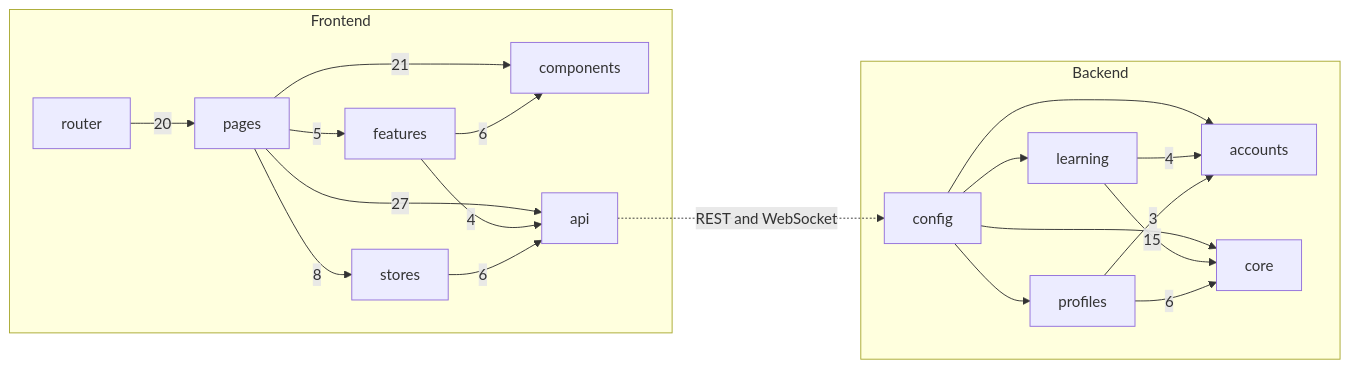
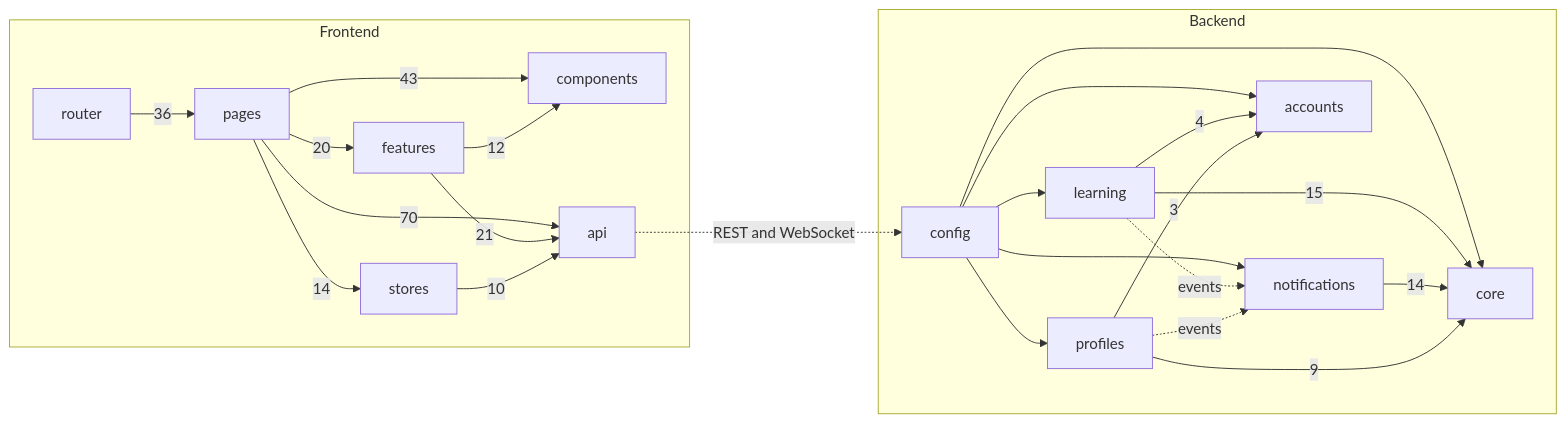
Before and after one commit to AbdullahBakir97/Django--LMS--Learning-Management-System: the diagram in README.md, drawn with Mermaid. The commit also changed other lines of this file and 39 other files, not shown here.

````diff
--- a/README.md
+++ b/README.md
@@ -28,21 +30,24 @@
 ```mermaid
 flowchart LR
   subgraph Backend
-    config --> learning & profiles & accounts & core
+    config --> learning & notifications & profiles & accounts & core
     learning -- 15 --> core
     learning -- 4 --> accounts
-    profiles -- 6 --> core
+    notifications -- 14 --> core
+    profiles -- 9 --> core
     profiles -- 3 --> accounts
+    learning -. events .-> notifications
+    profiles -. events .-> notifications
   end
   subgraph Frontend
-    router -- 20 --> pages
-    pages -- 21 --> components
-    pages -- 5 --> features
-    pages -- 27 --> api
-    pages -- 8 --> stores
-    features -- 4 --> api
-    features -- 6 --> components
-    stores -- 6 --> api
+    router -- 36 --> pages
+    pages -- 43 --> components
+    pages -- 20 --> features
+    pages -- 70 --> api
+    pages -- 14 --> stores
+    features -- 21 --> api
+    features -- 12 --> components
+    stores -- 10 --> api
   end
   api -. REST and WebSocket .-> config
 ```
````
